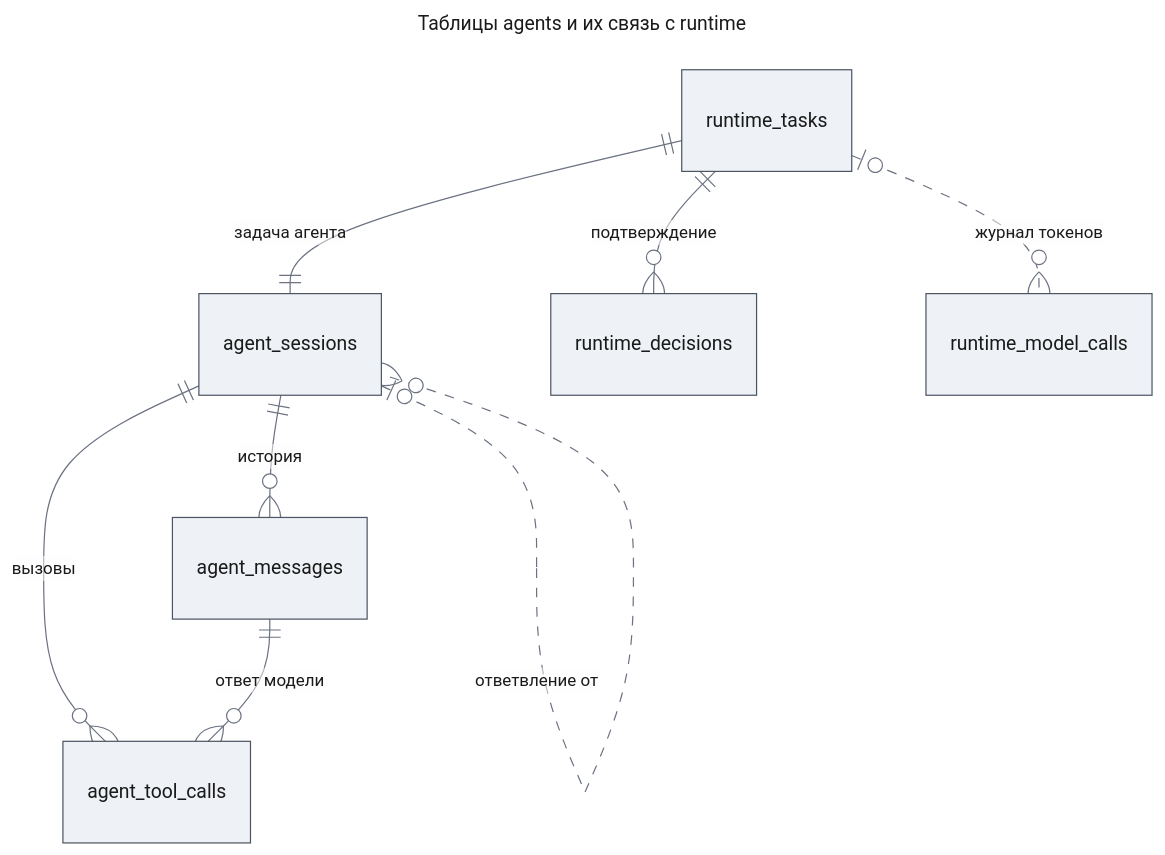
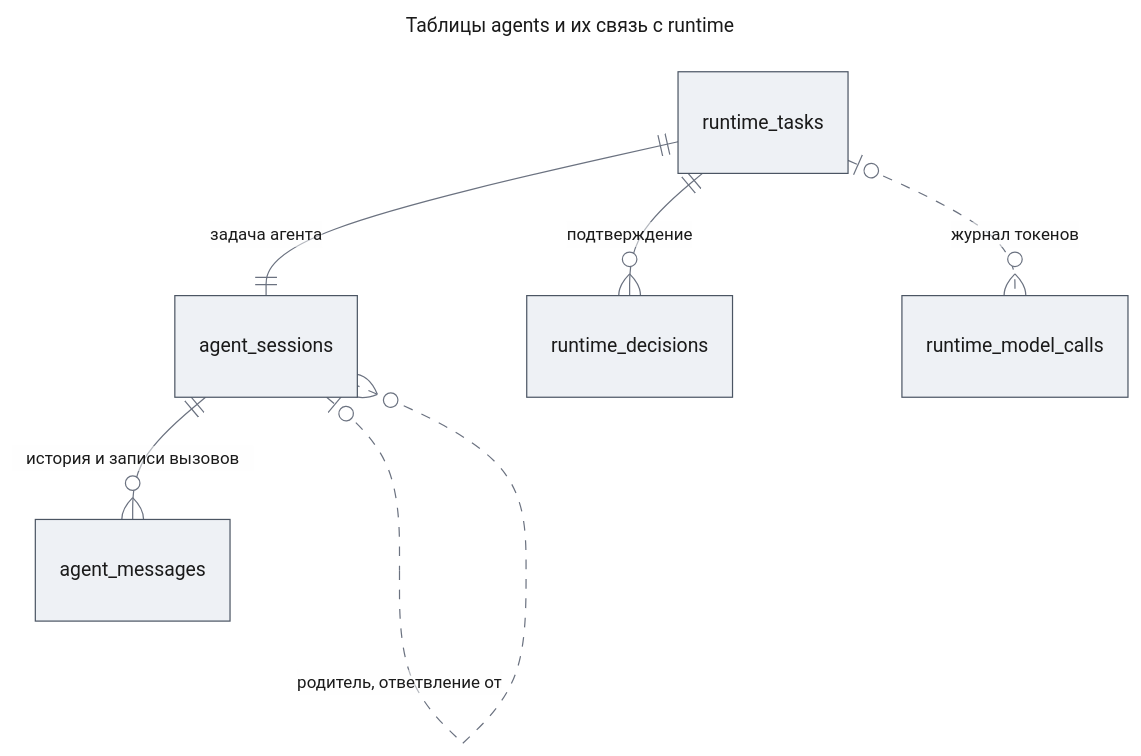
One commit to tundraray/agent-os changed diagram 11 of 12 in docs/features/agent-platform/design-agents.md. Above: the diagram before and after it, drawn with Mermaid. The commit also changed other lines of this file and 420 other files, not shown here.

````diff
--- a/docs/features/agent-platform/design-agents.md
+++ b/docs/features/agent-platform/design-agents.md
@@ -834,21 +827,19 @@
 ```mermaid
 ---
 title: "Таблицы agents и их связь с runtime"
 config:
   theme: base
   look: classic
   themeVariables:
     primaryColor: "#eef1f5"
     primaryBorderColor: "#4b5563"
     primaryTextColor: "#1a1a1a"
     lineColor: "#6b7280"
 ---
 erDiagram
     runtime_tasks ||--|| agent_sessions : "задача агента"
-    agent_sessions ||--o{ agent_messages : "история"
-    agent_sessions ||--o{ agent_tool_calls : "вызовы"
-    agent_messages ||--o{ agent_tool_calls : "ответ модели"
-    agent_sessions |o..o{ agent_sessions : "ответвление от"
+    agent_sessions ||--o{ agent_messages : "история и записи вызовов"
+    agent_sessions |o..o{ agent_sessions : "родитель, ответвление от"
     runtime_tasks ||--o{ runtime_decisions : "подтверждение"
     runtime_tasks |o..o{ runtime_model_calls : "журнал токенов"
 ```
````
